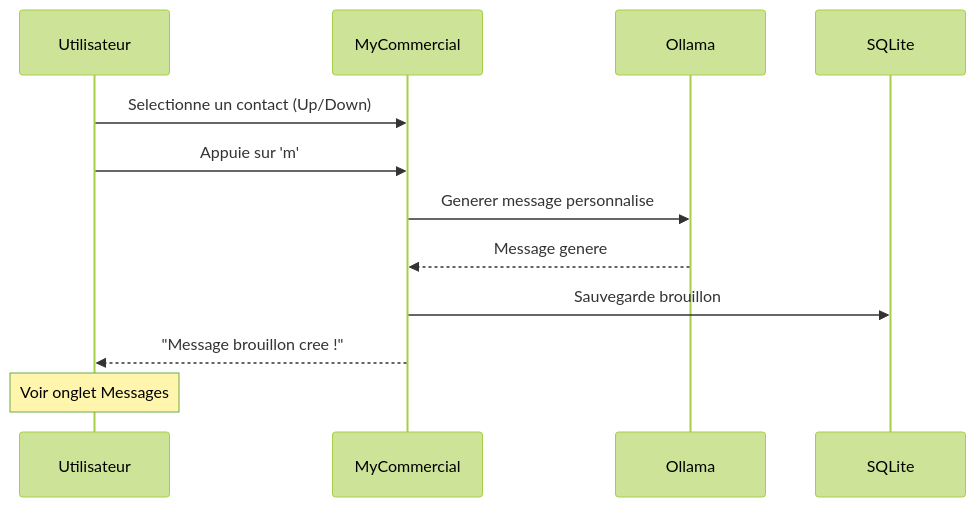
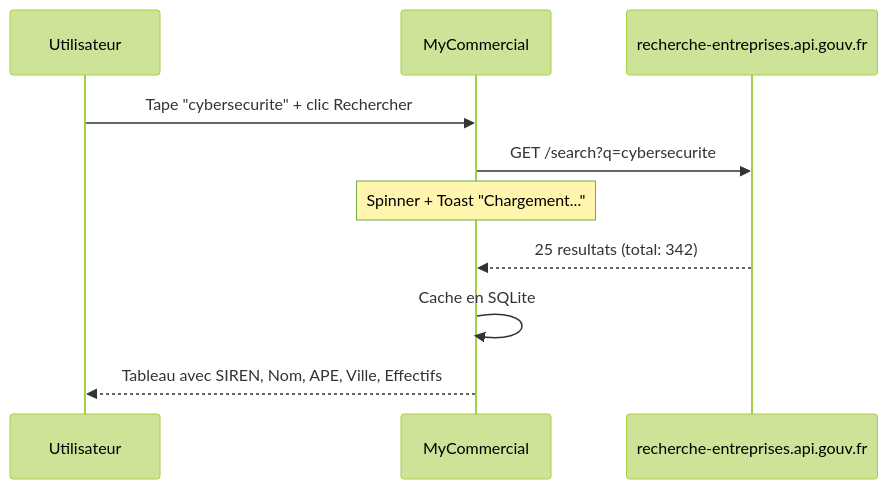
The third of 9 diagrams in doc/UTILISATION.md (cve-solutions/MyCommercial), drawn with Mermaid (forest theme) before and after one commit. The commit also changed other lines of this file and 3 other files, not shown here.

````diff
--- a/doc/UTILISATION.md
+++ b/doc/UTILISATION.md
@@ -163,15 +132,13 @@
 ```mermaid
 sequenceDiagram
     participant U as Utilisateur
     participant MC as MyCommercial
-    participant AI as Ollama
-    participant DB as SQLite
+    participant API as recherche-entreprises.api.gouv.fr
 
-    U->>MC: Selectionne un contact (Up/Down)
-    U->>MC: Appuie sur 'm'
-    MC->>AI: Generer message personnalise
-    AI-->>MC: Message genere
-    MC->>DB: Sauvegarde brouillon
-    MC-->>U: "Message brouillon cree !"
-    Note over U: Voir onglet Messages
+    U->>MC: Tape "cybersecurite" + clic Rechercher
+    MC->>API: GET /search?q=cybersecurite
+    Note over MC: Spinner + Toast "Chargement..."
+    API-->>MC: 25 resultats (total: 342)
+    MC->>MC: Cache en SQLite
+    MC-->>U: Tableau avec SIREN, Nom, APE, Ville, Effectifs
 ```
````
